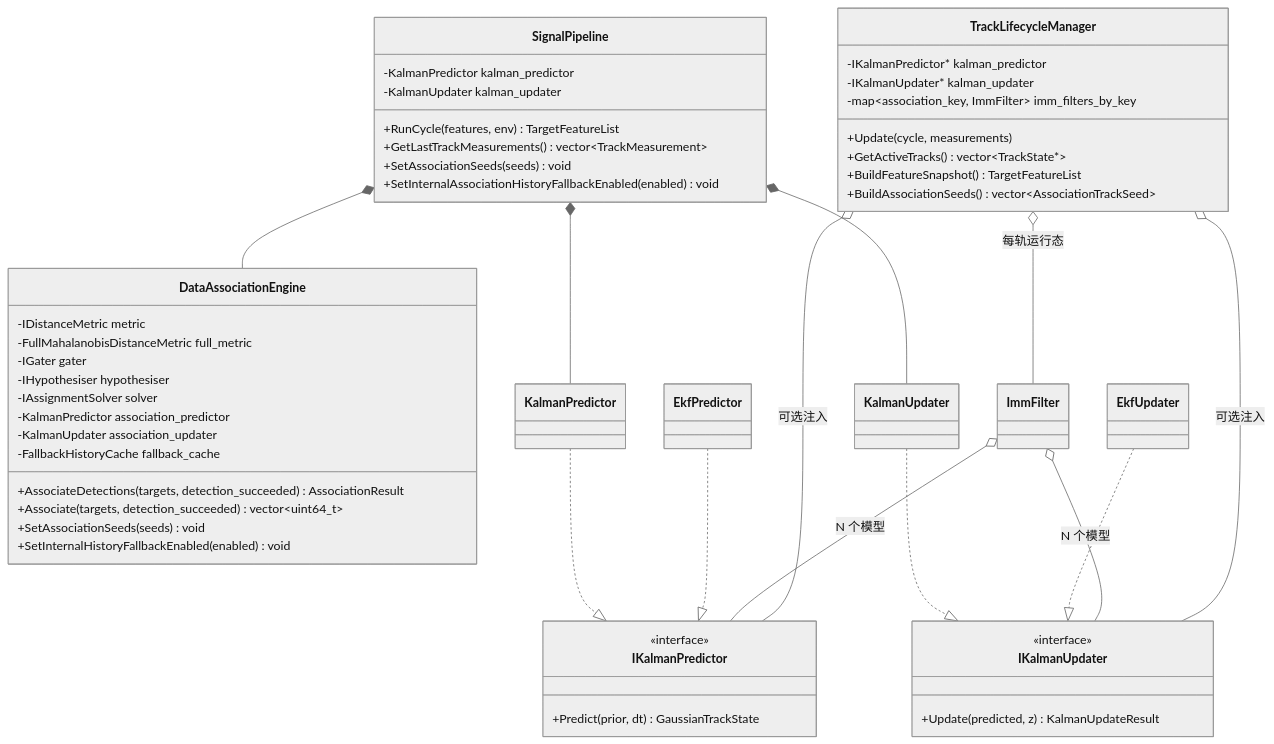
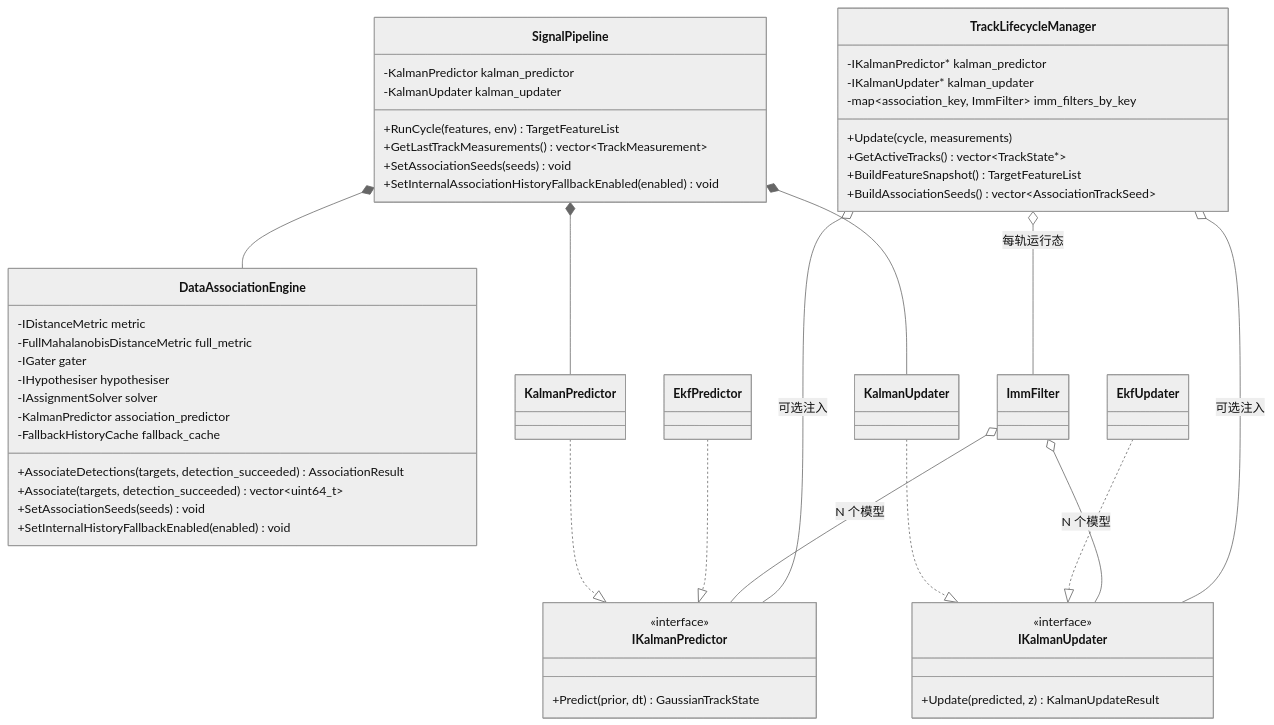
The sixth of 8 diagrams in doc/architecture/signal/signal-architecture.md (boilwater-3/1q), drawn with Mermaid (neutral theme) before and after one commit. The commit also changed other lines of this file and 5 other files, not shown here.

````diff
--- a/doc/architecture/signal/signal-architecture.md
+++ b/doc/architecture/signal/signal-architecture.md
@@ -355,60 +358,59 @@
 ```mermaid
 classDiagram
     class SignalPipeline {
         +RunCycle(features, env) TargetFeatureList
         +GetLastTrackMeasurements() vector~TrackMeasurement~
         +SetAssociationSeeds(seeds) void
         +SetInternalAssociationHistoryFallbackEnabled(enabled) void
         -KalmanPredictor kalman_predictor
         -KalmanUpdater kalman_updater
     }
 
     class DataAssociationEngine {
         +AssociateDetections(targets, detection_succeeded) AssociationResult
         +Associate(targets, detection_succeeded) vector~uint64_t~
         +SetAssociationSeeds(seeds) void
         +SetInternalHistoryFallbackEnabled(enabled) void
         -IDistanceMetric metric
         -FullMahalanobisDistanceMetric full_metric
         -IGater gater
         -IHypothesiser hypothesiser
         -IAssignmentSolver solver
         -KalmanPredictor association_predictor
-        -KalmanUpdater association_updater
         -FallbackHistoryCache fallback_cache
     }
 
     class TrackLifecycleManager {
         +Update(cycle, measurements)
         +GetActiveTracks() vector~TrackState*~
         +BuildFeatureSnapshot() TargetFeatureList
         +BuildAssociationSeeds() vector~AssociationTrackSeed~
         -IKalmanPredictor* kalman_predictor
         -IKalmanUpdater* kalman_updater
         -map~association_key, ImmFilter~ imm_filters_by_key
     }
 
     class IKalmanPredictor {
         <<interface>>
         +Predict(prior, dt) GaussianTrackState
     }
 
     class IKalmanUpdater {
         <<interface>>
         +Update(predicted, z) KalmanUpdateResult
     }
 
     KalmanPredictor ..|> IKalmanPredictor
     EkfPredictor ..|> IKalmanPredictor
     KalmanUpdater ..|> IKalmanUpdater
     EkfUpdater ..|> IKalmanUpdater
 
     ImmFilter o-- IKalmanPredictor : N 个模型
     ImmFilter o-- IKalmanUpdater : N 个模型
     TrackLifecycleManager o-- ImmFilter : 每轨运行态
     TrackLifecycleManager o-- IKalmanPredictor : 可选注入
     TrackLifecycleManager o-- IKalmanUpdater : 可选注入
     SignalPipeline *-- DataAssociationEngine
     SignalPipeline *-- KalmanPredictor
     SignalPipeline *-- KalmanUpdater
 ```
````
